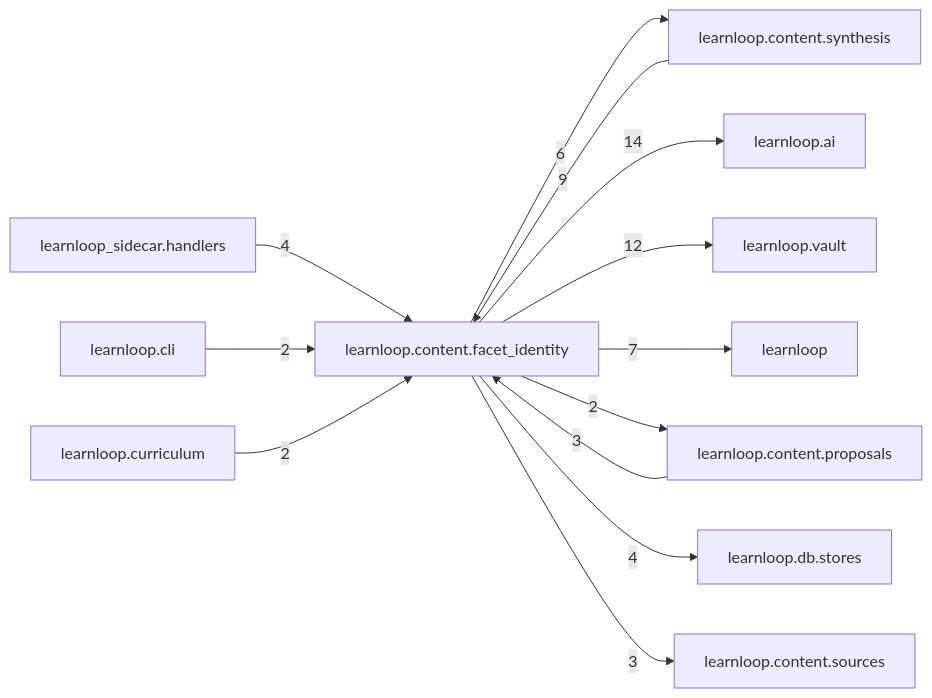
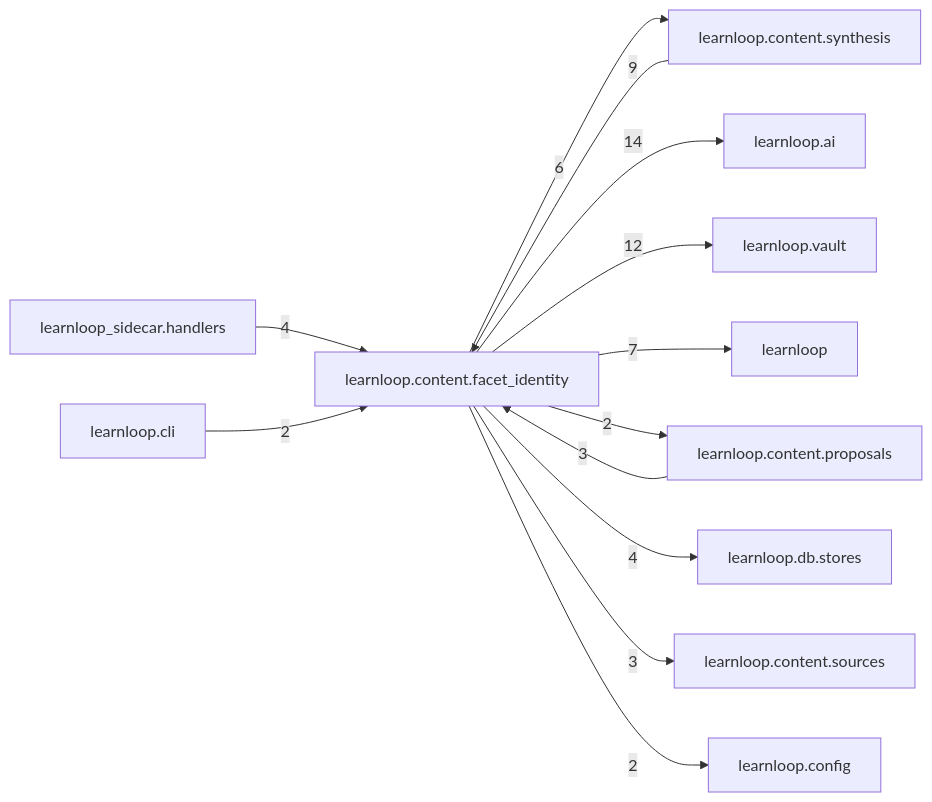
Before and after one commit to 6up-b/learnanything: the diagram in docs/learnloop-architecture-vault/Reference/Modules/learnloop/content/facet_identity/_package.md, drawn with Mermaid. The commit also changed other lines of this file and 122 other files, not shown here.

````diff
--- a/docs/learnloop-architecture-vault/Reference/Modules/learnloop/content/facet_identity/_package.md
+++ b/docs/learnloop-architecture-vault/Reference/Modules/learnloop/content/facet_identity/_package.md
@@ -95,26 +95,26 @@
 ```mermaid
 flowchart LR
     center["learnloop.content.facet_identity"]
     n_learnloop_content_synthesis["learnloop.content.synthesis"]
     n_learnloop_ai["learnloop.ai"]
     n_learnloop_vault["learnloop.vault"]
     n_learnloop["learnloop"]
     n_learnloop_content_proposals["learnloop.content.proposals"]
     n_learnloop_db_stores["learnloop.db.stores"]
     n_learnloop_sidecar_handlers["learnloop_sidecar.handlers"]
     n_learnloop_content_sources["learnloop.content.sources"]
     n_learnloop_cli["learnloop.cli"]
-    n_learnloop_curriculum["learnloop.curriculum"]
+    n_learnloop_config["learnloop.config"]
     n_learnloop_content_synthesis -->|9| center
     center -->|6| n_learnloop_content_synthesis
     center -->|14| n_learnloop_ai
     center -->|12| n_learnloop_vault
     center -->|7| n_learnloop
     n_learnloop_content_proposals -->|3| center
     center -->|2| n_learnloop_content_proposals
     center -->|4| n_learnloop_db_stores
     n_learnloop_sidecar_handlers -->|4| center
     center -->|3| n_learnloop_content_sources
     n_learnloop_cli -->|2| center
-    n_learnloop_curriculum -->|2| center
+    center -->|2| n_learnloop_config
 ```
````
